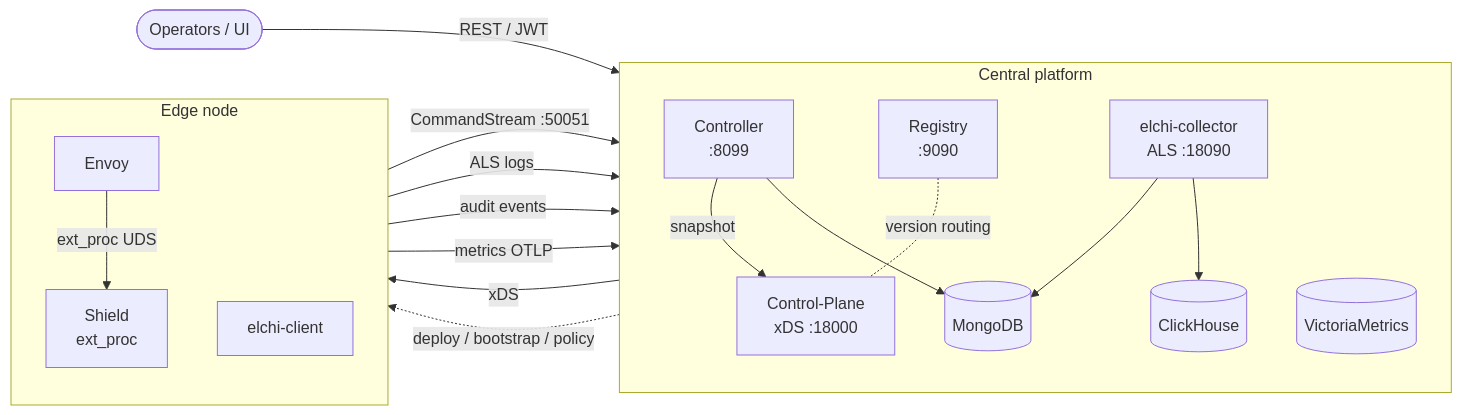
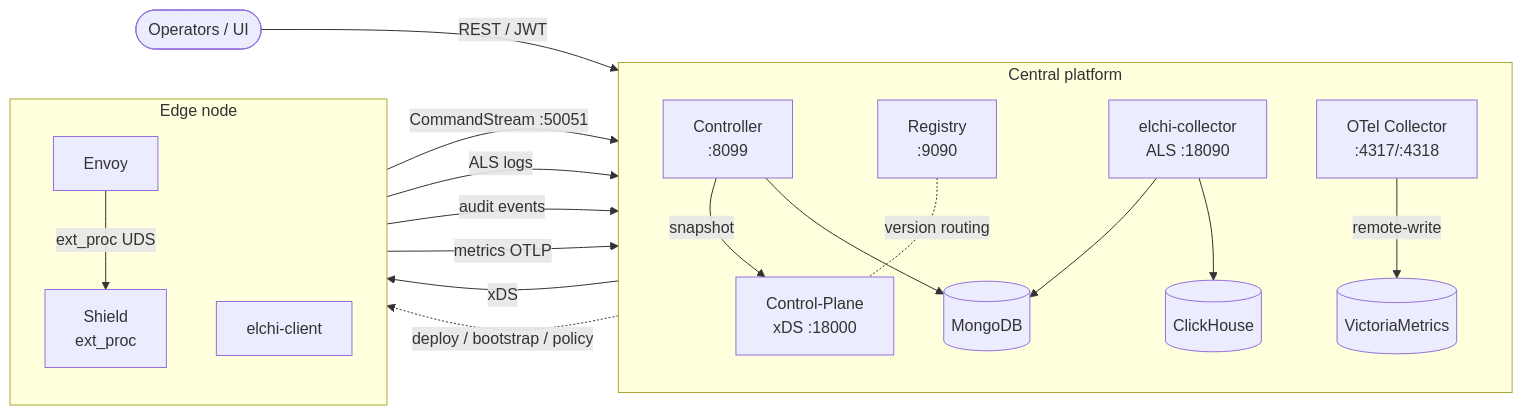
One commit to CloudNativeWorks/elchi-website changed the first of 5 diagrams in docs-site/docs/getting-started/architecture.md. Above: the diagram before and after it, drawn with Mermaid. The commit also changed other lines of this file and 52 other files, not shown here.

````diff
--- a/docs-site/docs/getting-started/architecture.md
+++ b/docs-site/docs/getting-started/architecture.md
@@ -45,33 +45,35 @@
 ```mermaid
 flowchart LR
   Op([Operators / UI])
   subgraph Central["Central platform"]
     direction TB
     C["Controller<br/>:8099"]
     CP["Control-Plane<br/>xDS :18000"]
     R["Registry<br/>:9090"]
     COL["elchi-collector<br/>ALS :18090"]
     M[("MongoDB")]
     CH[("ClickHouse")]
     VM[("VictoriaMetrics")]
+    OT["OTel Collector<br/>:4317/:4318"]
   end
   subgraph EdgeNode["Edge node"]
     direction TB
     E["Envoy"]
     CL["elchi-client"]
     S["Shield<br/>ext_proc"]
   end
   Op -->|REST / JWT| C
   C --> M
   C -->|snapshot| CP
   R -. version routing .- CP
   CP -->|xDS| E
   CL -->|CommandStream :50051| C
   C -. deploy / bootstrap / policy .-> CL
   E -->|ext_proc UDS| S
   E -->|ALS logs| COL
   COL --> CH
   COL --> M
   S -->|audit events| CH
-  S -->|metrics OTLP| VM
+  S -->|metrics OTLP| OT
+  OT -->|remote-write| VM
 ```
````
